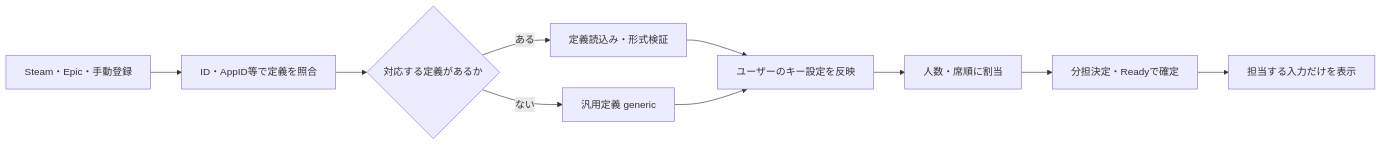
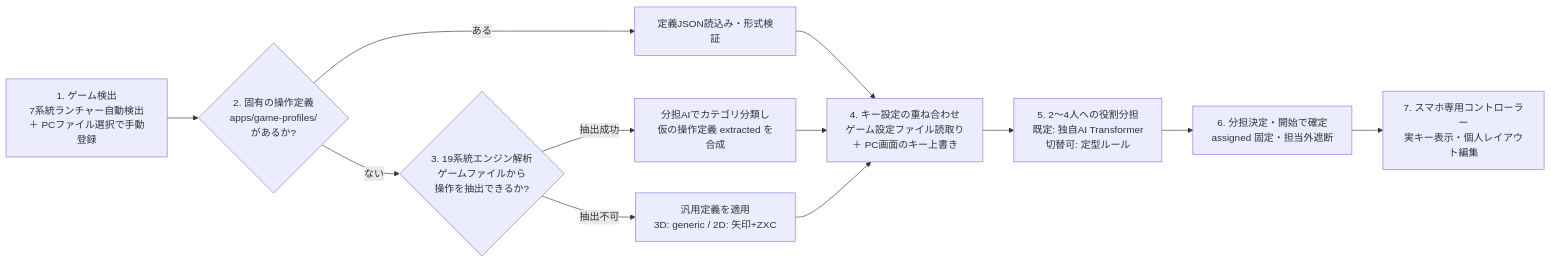
Before and after one commit to jphacks/kz_2613: the first of 3 diagrams in docs/game-profile-specification.md, drawn with Mermaid. The commit also changed other lines of this file and 10 other files, not shown here.

````diff
--- a/docs/game-profile-specification.md
+++ b/docs/game-profile-specification.md
@@ -46,12 +50,14 @@
 ```mermaid
 flowchart LR
-    Detect[Steam・Epic・手動登録] --> Match[ID・AppID等で定義を照合]
-    Match --> Known{対応する定義があるか}
-    Known -->|ある| Load[定義読込み・形式検証]
-    Known -->|ない| Generic[汎用定義 generic]
-    Load --> Keys[ユーザーのキー設定を反映]
+    Detect[1. ゲーム検出<br/>7系統ランチャー自動検出<br/>＋ PCファイル選択で手動登録] --> Match{2. 固有の操作定義<br/>apps/game-profiles/<br/>があるか?}
+    Match -->|ある| Load[定義JSON読込み・形式検証]
+    Match -->|ない| Engine{3. 19系統エンジン解析<br/>ゲームファイルから<br/>操作を抽出できるか?}
+    Engine -->|抽出成功| Synth[分担AIでカテゴリ分類し<br/>仮の操作定義 extracted を合成]
+    Engine -->|抽出不可| Generic[汎用定義を適用<br/>3D: generic / 2D: 矢印+ZXC]
+    Load --> Keys[4. キー設定の重ね合わせ<br/>ゲーム設定ファイル読取り<br/>＋ PC画面のキー上書き]
+    Synth --> Keys
     Generic --> Keys
-    Keys --> Assign[人数・席順に割当]
-    Assign --> Fix[分担決定・Readyで確定]
-    Fix --> UI[担当する入力だけを表示]
+    Keys --> Assign[5. 2〜4人への役割分担<br/>既定: 独自AI Transformer<br/>切替可: 定型ルール]
+    Assign --> Fix[6. 分担決定・開始で確定<br/>assigned 固定・担当外遮断]
+    Fix --> UI[7. スマホ専用コントローラー<br/>実キー表示・個人レイアウト編集]
 ```
````
